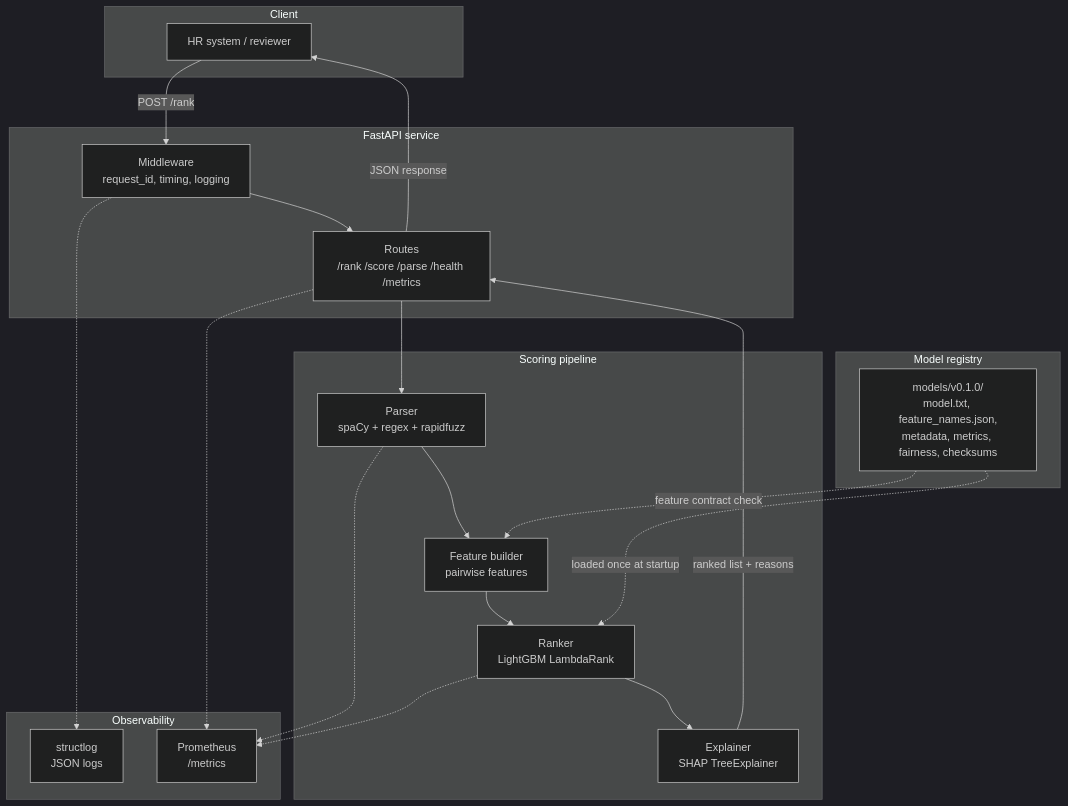
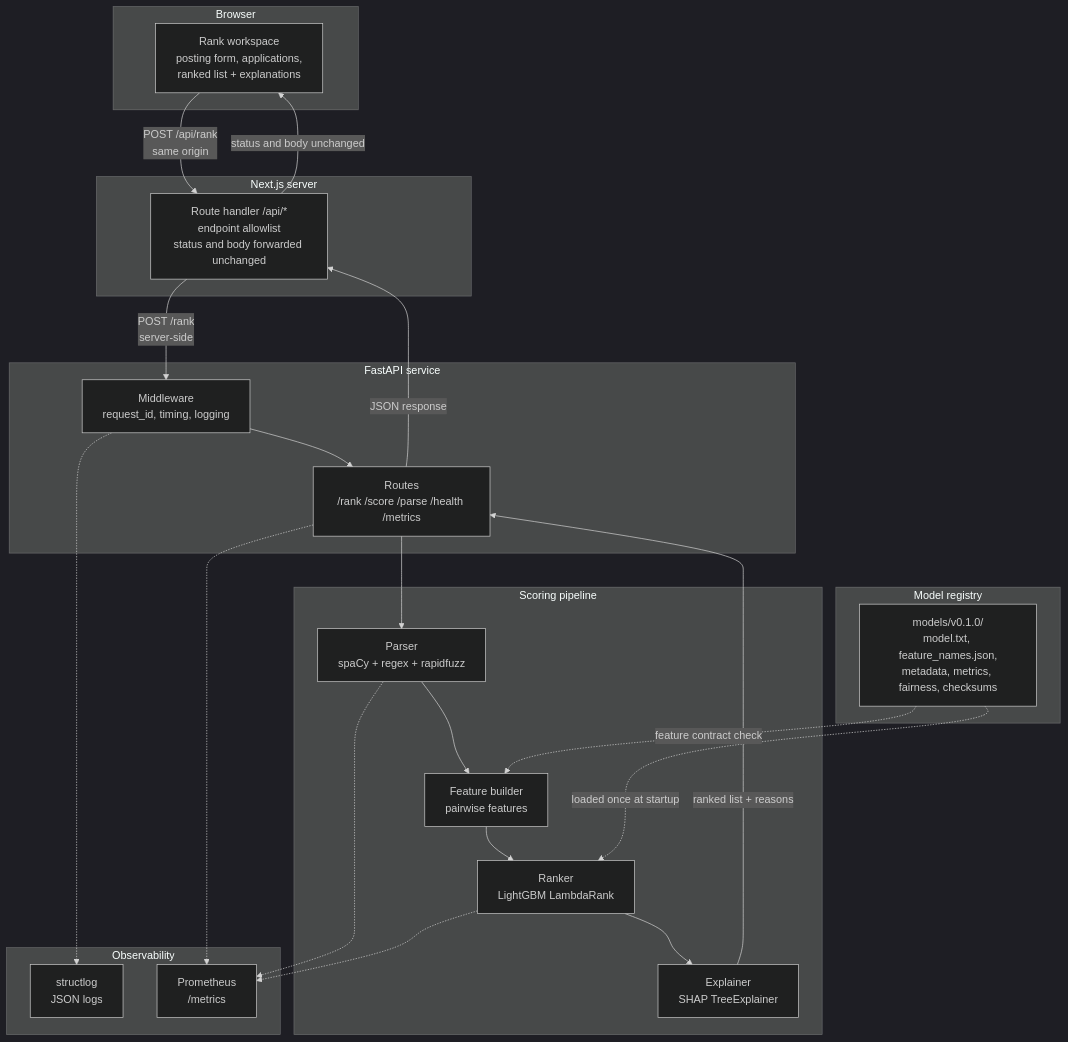
The first of 6 diagrams in docs/architecture.md (Kainatfatima0311/guardmatch-ai), drawn with Mermaid (dark theme) before and after one commit. The commit also changed other lines of this file and 26 other files, not shown here.

````diff
--- a/docs/architecture.md
+++ b/docs/architecture.md
@@ -18,41 +18,47 @@
 ```mermaid
 flowchart TB
-    subgraph Client
-        HR["HR system / reviewer"]
+    subgraph Browser["Browser"]
+        UI["Rank workspace<br/>posting form, applications,<br/>ranked list + explanations"]
+    end
+
+    subgraph Web["Next.js server"]
+        PROXY["Route handler /api/*<br/>endpoint allowlist<br/>status and body forwarded unchanged"]
     end
 
     subgraph API["FastAPI service"]
         MW["Middleware<br/>request_id, timing, logging"]
         RT["Routes<br/>/rank /score /parse /health /metrics"]
     end
 
     subgraph Pipeline["Scoring pipeline"]
         PARSE["Parser<br/>spaCy + regex + rapidfuzz"]
         FEAT["Feature builder<br/>pairwise features"]
         RANK["Ranker<br/>LightGBM LambdaRank"]
         EXPL["Explainer<br/>SHAP TreeExplainer"]
     end
 
     subgraph Artifacts["Model registry"]
         REG["models/v0.1.0/<br/>model.txt, feature_names.json,<br/>metadata, metrics, fairness, checksums"]
     end
 
     subgraph Obs["Observability"]
         LOG["structlog<br/>JSON logs"]
         MET["Prometheus<br/>/metrics"]
     end
 
-    HR -->|"POST /rank"| MW
+    UI -->|"POST /api/rank<br/>same origin"| PROXY
+    PROXY -->|"POST /rank<br/>server-side"| MW
     MW --> RT
     RT --> PARSE --> FEAT --> RANK --> EXPL
     EXPL -->|"ranked list + reasons"| RT
-    RT -->|"JSON response"| HR
+    RT -->|"JSON response"| PROXY
+    PROXY -->|"status and body unchanged"| UI
 
     REG -.->|"loaded once at startup"| RANK
     REG -.->|"feature contract check"| FEAT
 
     MW -.-> LOG
     RT -.-> MET
     PARSE -.-> MET
     RANK -.-> MET
 ```
````
